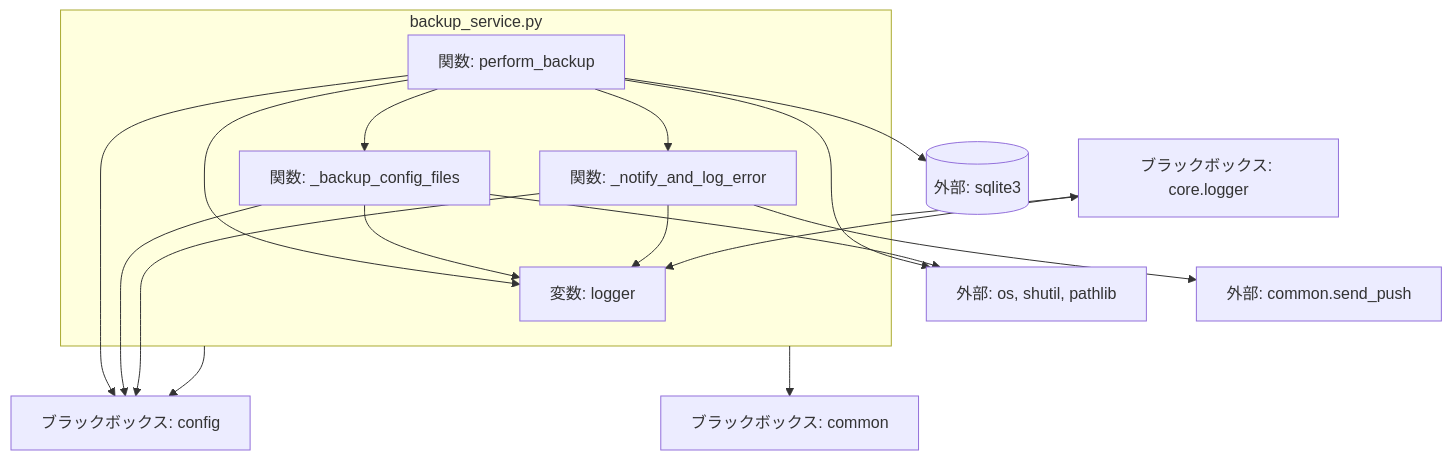
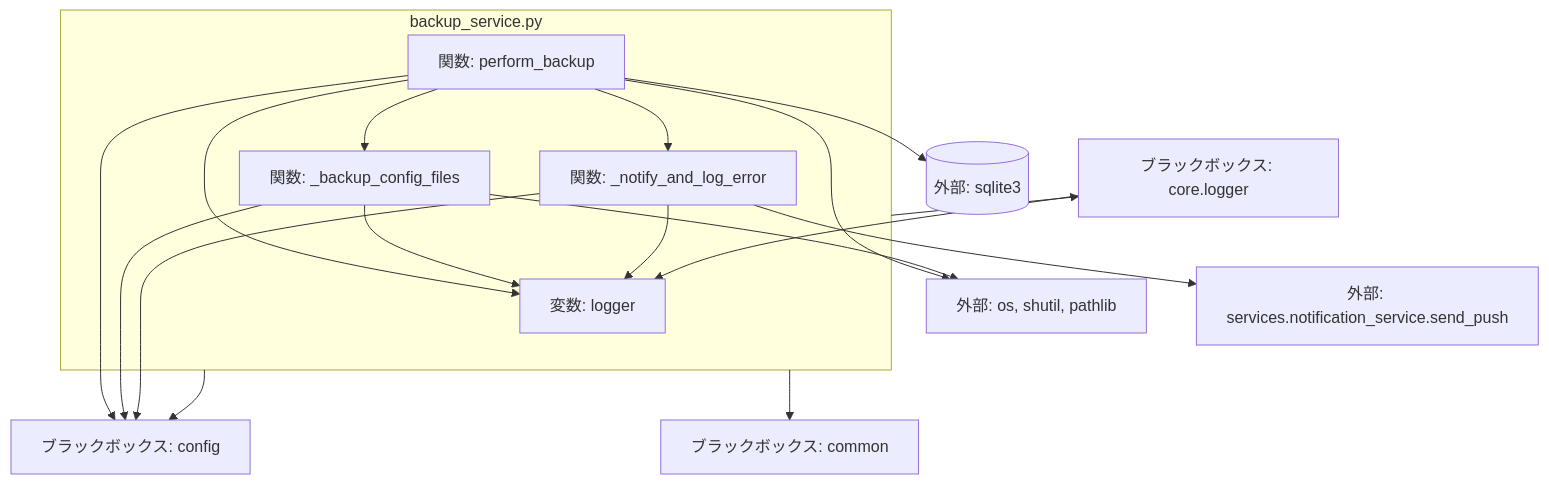
Before and after one commit to mmtigers/my_python_project: the second of 2 diagrams in docs/specifications/MY_HOME_SYSTEM/backup_service.md, drawn with Mermaid. The commit also changed other lines of this file and 91 other files, not shown here.

First line of the commit message:
refactor: common.py を廃止し、マスタ同期SQLの重複と LOG_DIR の同期I/Oを解消 (#664)

````diff
--- a/docs/specifications/MY_HOME_SYSTEM/backup_service.md
+++ b/docs/specifications/MY_HOME_SYSTEM/backup_service.md
@@ -180,31 +179,31 @@
 ```mermaid
 graph TD
   backup_service.py --> config[ブラックボックス: config]
   backup_service.py --> core.logger[ブラックボックス: core.logger]
   backup_service.py --> common[ブラックボックス: common]
 
   subgraph backup_service.py
     logger[変数: logger]
     perform_backup[関数: perform_backup]
     _backup_config_files[関数: _backup_config_files]
     _notify_and_log_error[関数: _notify_and_log_error]
   end
 
   perform_backup --> config
   perform_backup --> logger
   perform_backup --> _backup_config_files
   perform_backup --> _notify_and_log_error
   perform_backup --> SQLite[(外部: sqlite3)]
   perform_backup --> OS[外部: os, shutil, pathlib]
 
   _backup_config_files --> config
   _backup_config_files --> logger
   _backup_config_files --> OS
 
   _notify_and_log_error --> logger
-  _notify_and_log_error --> send_push[外部: common.send_push]
+  _notify_and_log_error --> send_push[外部: services.notification_service.send_push]
   _notify_and_log_error --> config
 
   core.logger --> logger
 
 ```
````
